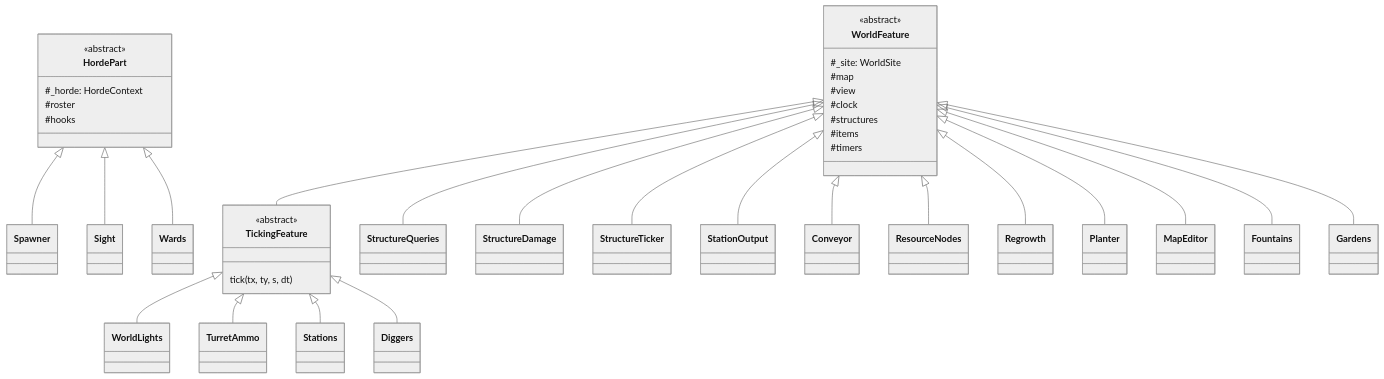
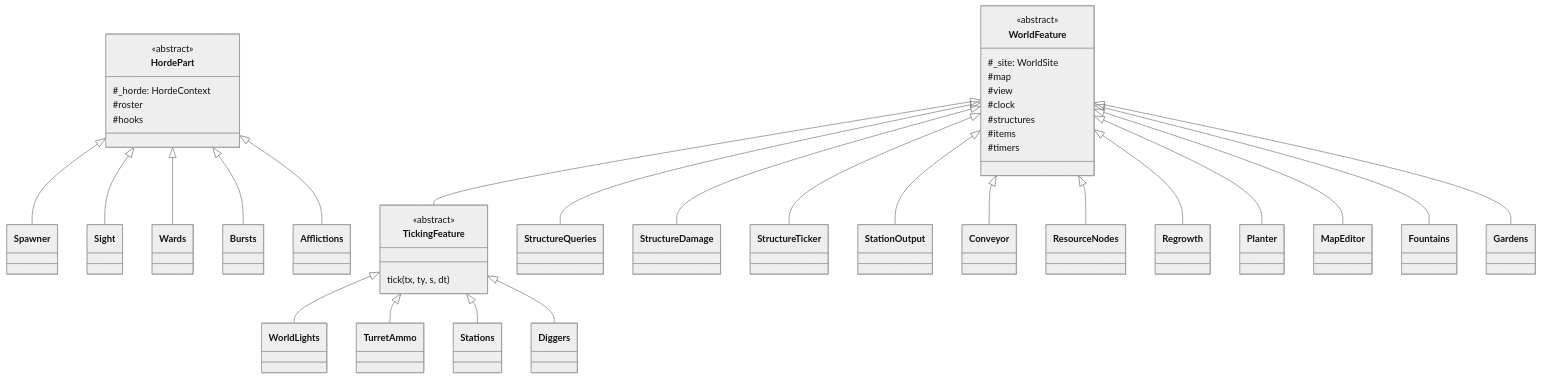
The seventh of 9 diagrams in docs/class-hierarchies-server.md (andyruwruw/grave-robbers), drawn with Mermaid (neutral theme) before and after one commit. The commit also changed other lines of this file and 772 other files, not shown here.

````diff
--- a/docs/class-hierarchies-server.md
+++ b/docs/class-hierarchies-server.md
@@ -199,42 +231,44 @@
 ```mermaid
 classDiagram
   class HordePart {
     <<abstract>>
     #_horde: HordeContext
     #roster
     #hooks
   }
   HordePart <|-- Spawner
   HordePart <|-- Sight
   HordePart <|-- Wards
+  HordePart <|-- Bursts
+  HordePart <|-- Afflictions
   class WorldFeature {
     <<abstract>>
     #_site: WorldSite
     #map
     #view
     #clock
     #structures
     #items
     #timers
   }
   class TickingFeature {
     <<abstract>>
     tick(tx, ty, s, dt)
   }
   WorldFeature <|-- StructureQueries
   WorldFeature <|-- StructureDamage
   WorldFeature <|-- StructureTicker
   WorldFeature <|-- StationOutput
   WorldFeature <|-- Conveyor
   WorldFeature <|-- ResourceNodes
   WorldFeature <|-- Regrowth
   WorldFeature <|-- Planter
   WorldFeature <|-- MapEditor
   WorldFeature <|-- Fountains
   WorldFeature <|-- Gardens
   WorldFeature <|-- TickingFeature
   TickingFeature <|-- WorldLights
   TickingFeature <|-- TurretAmmo
   TickingFeature <|-- Stations
   TickingFeature <|-- Diggers
 ```
````
